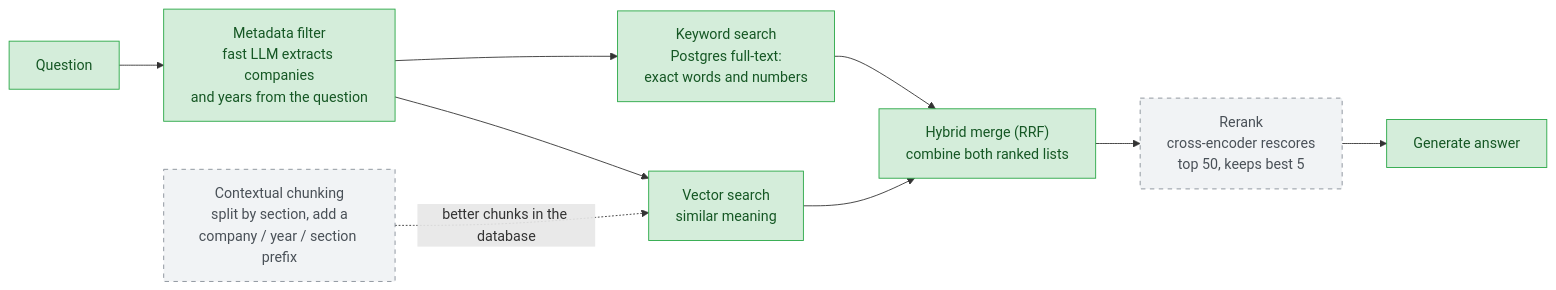
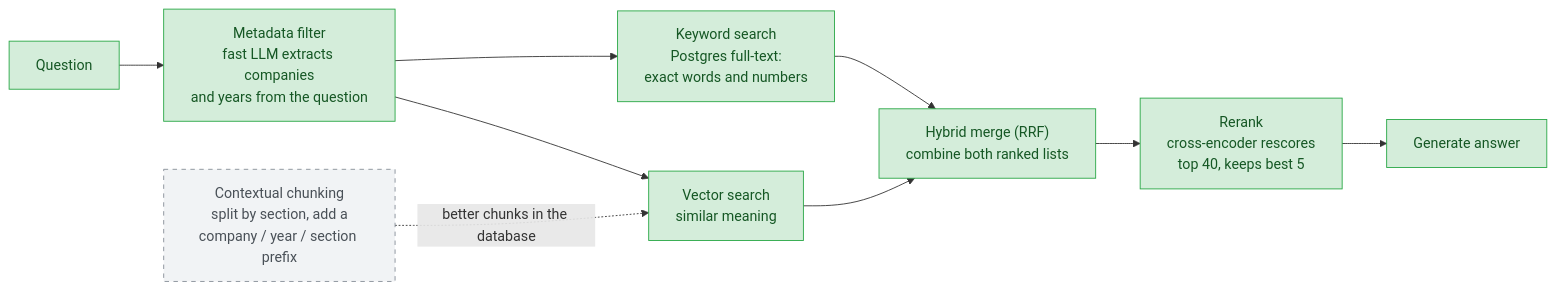
The third of 6 diagrams in README.md (madeleine68/Reportlens), drawn with Mermaid before and after one commit. The commit also changed other lines of this file and 8 other files, not shown here.

First line of the commit message:
Phase 2: cross-encoder reranking of top-40 candidates

````diff
--- a/README.md
+++ b/README.md
@@ -143,16 +145,16 @@
 ```mermaid
 flowchart LR
     q["Question"] --> filt["Metadata filter<br/>fast LLM extracts companies<br/>and years from the question"]
     filt --> vec["Vector search<br/>similar meaning"]
     filt --> kw["Keyword search<br/>Postgres full-text:<br/>exact words and numbers"]
     vec --> rrf["Hybrid merge (RRF)<br/>combine both ranked lists"]
     kw --> rrf
-    rrf --> rerank["Rerank<br/>cross-encoder rescores<br/>top 50, keeps best 5"]
+    rrf --> rerank["Rerank<br/>cross-encoder rescores<br/>top 40, keeps best 5"]
     rerank --> gen["Generate answer"]
     ctx["Contextual chunking<br/>split by section, add a<br/>company / year / section prefix"] -.->|"better chunks in the database"| vec
 
     classDef planned fill:#f1f3f5,stroke:#868e96,color:#495057,stroke-dasharray: 5 5
     classDef done fill:#d4edda,stroke:#28a745,color:#155724
-    class q,filt,vec,kw,rrf,gen done
-    class rerank,ctx planned
+    class q,filt,vec,kw,rrf,rerank,gen done
+    class ctx planned
 ```
````
